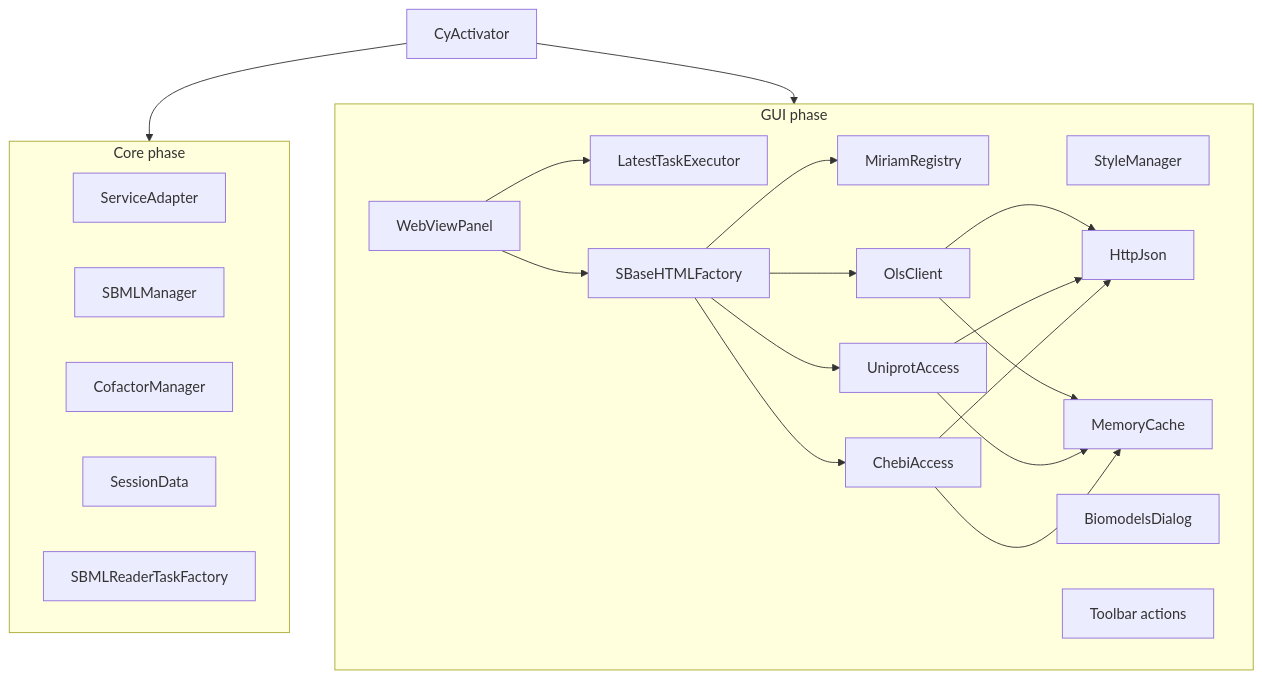
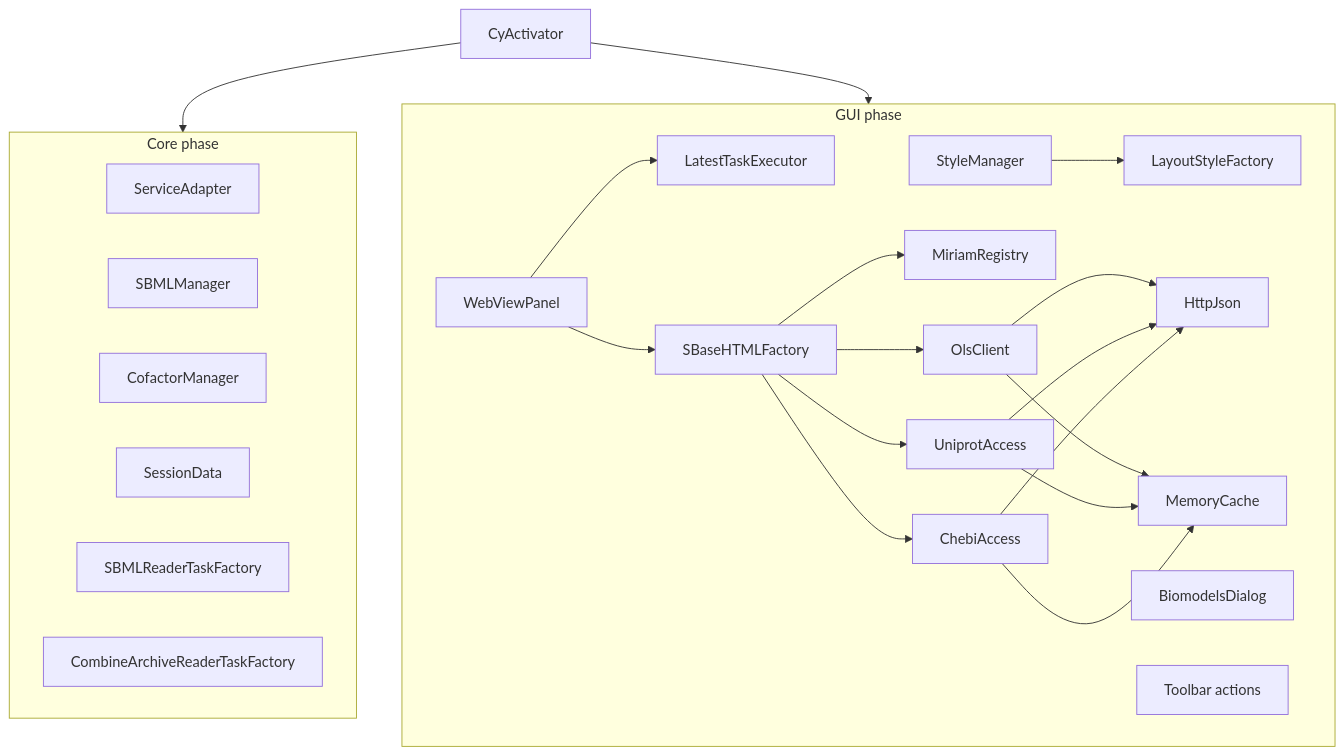
One commit to matthiaskoenig/cy3sbml changed the first of 2 diagrams in docs/development/architecture.md. Above: the diagram before and after it, drawn with Mermaid. The commit also changed other lines of this file and 89 other files, not shown here.

````diff
--- a/docs/development/architecture.md
+++ b/docs/development/architecture.md
@@ -23,27 +26,28 @@
 ```mermaid
 flowchart TB
     A[CyActivator]
     A --> CORE
     A --> GUI
     subgraph CORE [Core phase]
         SA[ServiceAdapter]
         SM[SBMLManager]
         CM[CofactorManager]
         SD[SessionData]
         RF[SBMLReaderTaskFactory]
+        AF[CombineArchiveReaderTaskFactory]
     end
     subgraph GUI [GUI phase]
-        ST[StyleManager]
+        ST[StyleManager] --> LSF[LayoutStyleFactory]
         BD[BiomodelsDialog]
         ACT[Toolbar actions]
         WV[WebViewPanel]
         WV --> LTE[LatestTaskExecutor]
         WV --> HF[SBaseHTMLFactory]
         HF --> MR[MiriamRegistry]
         HF --> OLS[OlsClient]
         HF --> UP[UniprotAccess]
         HF --> CH[ChebiAccess]
         OLS & UP & CH --> HJ[HttpJson]
         OLS & UP & CH --> MC[MemoryCache]
     end
 ```
````
